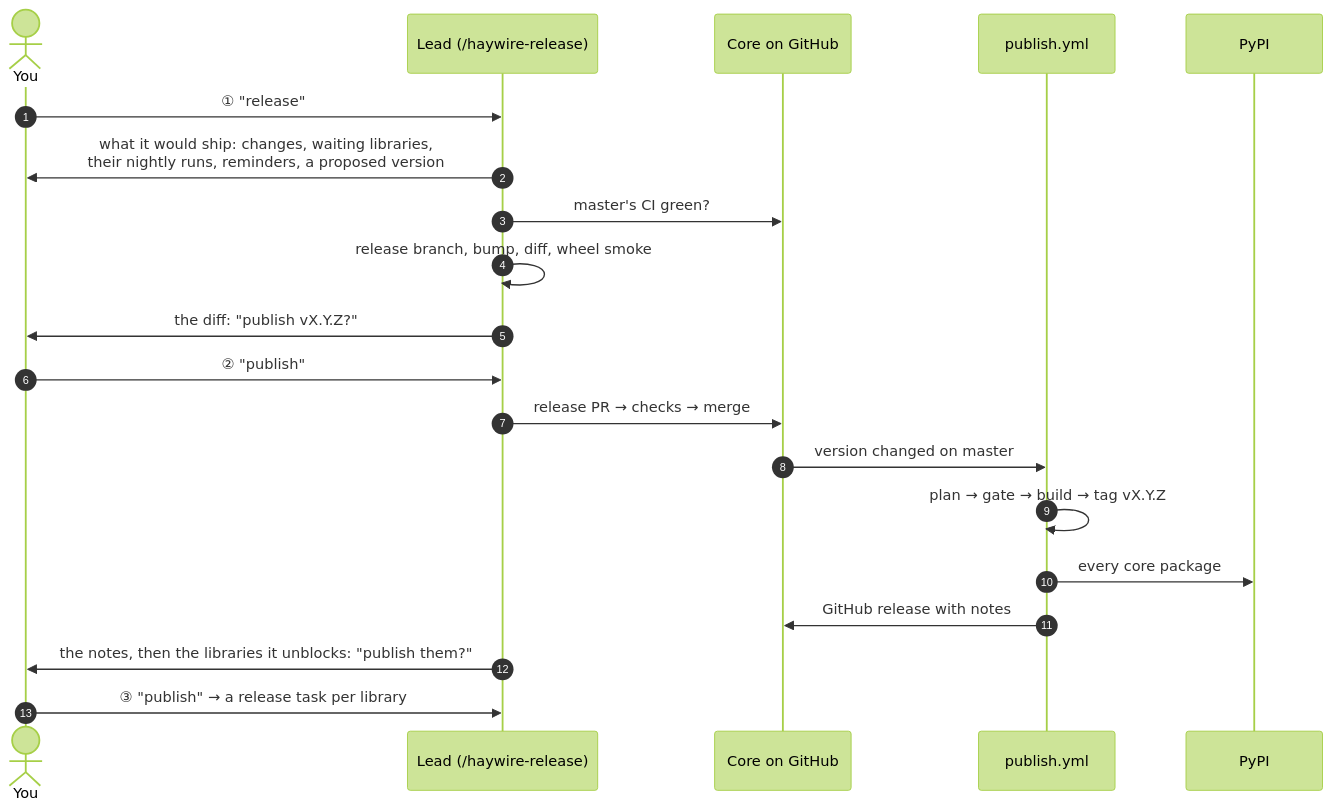
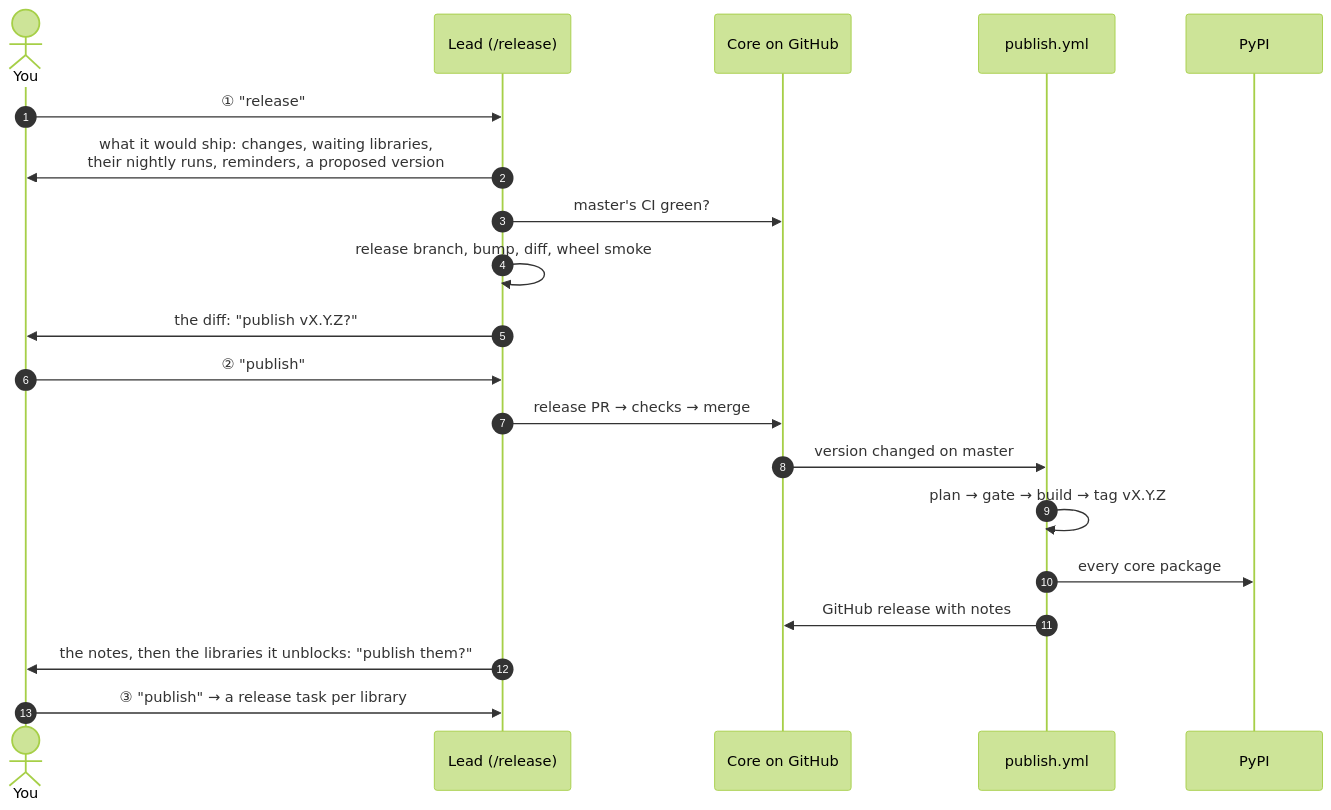
Before and after one commit to going-haywire/haywire: the diagram in docs/collaboration/core-release.md, drawn with Mermaid (forest theme). The commit also changed other lines of this file and 42 other files, not shown here.

````diff
--- a/docs/collaboration/core-release.md
+++ b/docs/collaboration/core-release.md
@@ -16,23 +16,23 @@
 ```mermaid
 sequenceDiagram
     autonumber
     actor You
-    participant Lead as Lead (/haywire-release)
+    participant Lead as Lead (/release)
     participant GH as Core on GitHub
     participant CI as publish.yml
     participant PyPI
 
     You->>Lead: ① "release"
     Lead->>You: what it would ship: changes, waiting libraries,<br/>their nightly runs, reminders, a proposed version
     Lead->>GH: master's CI green?
     Lead->>Lead: release branch, bump, diff, wheel smoke
     Lead->>You: the diff: "publish vX.Y.Z?"
     You->>Lead: ② "publish"
     Lead->>GH: release PR → checks → merge
     GH->>CI: version changed on master
     CI->>CI: plan → gate → build → tag vX.Y.Z
     CI->>PyPI: every core package
     CI->>GH: GitHub release with notes
     Lead->>You: the notes, then the libraries it unblocks: "publish them?"
     You->>Lead: ③ "publish" → a release task per library
 ```
````
